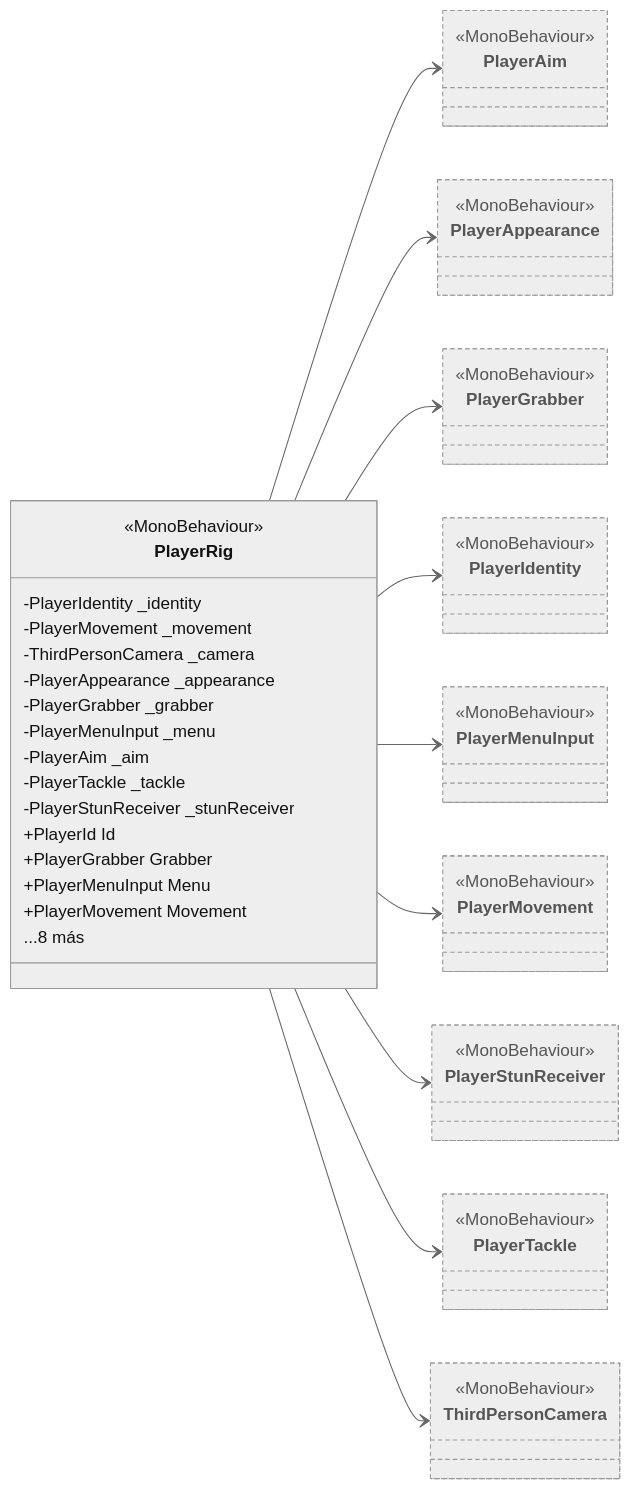
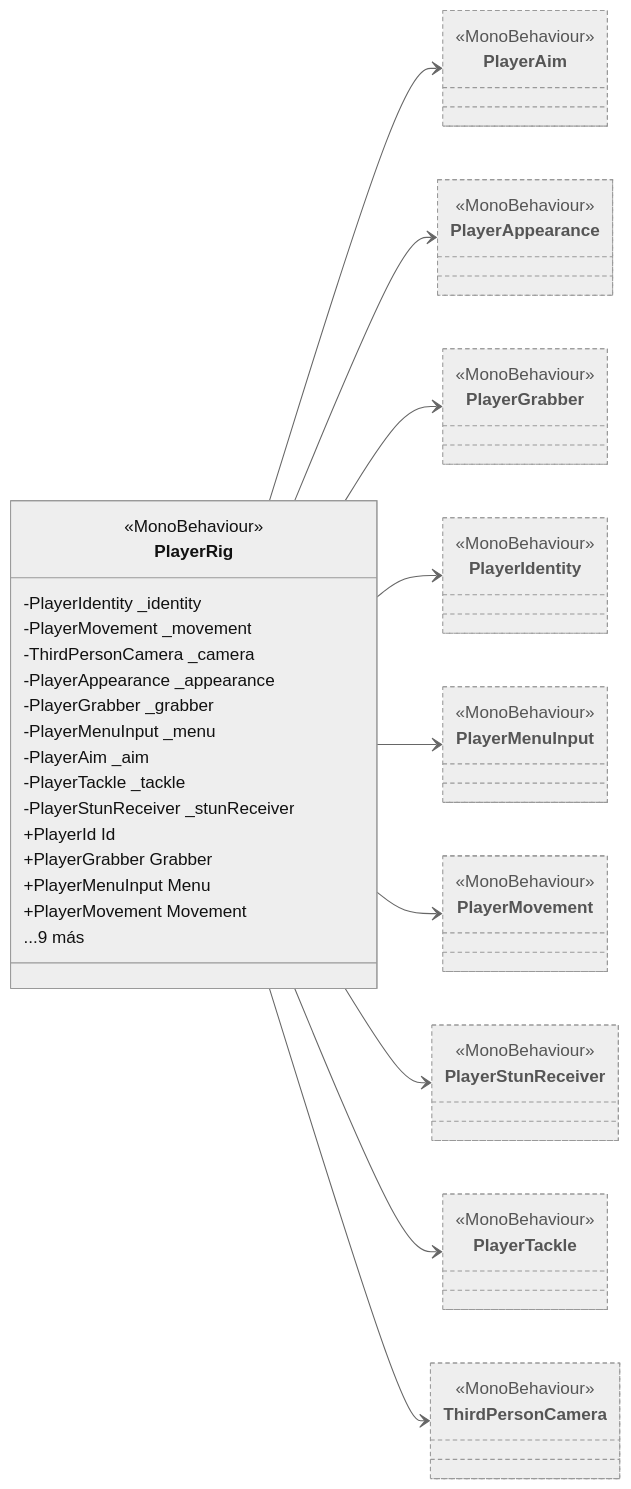
One commit to Chacashi/Alien-Farms changed the diagram in Docs/Arquitectura/Clases/Player/PlayerRig.md. Above: the diagram before and after it, drawn with Mermaid (neutral theme). The commit also changed 257 other files, not shown here.

````diff
--- a/Docs/Arquitectura/Clases/Player/PlayerRig.md
+++ b/Docs/Arquitectura/Clases/Player/PlayerRig.md
@@ -18,49 +18,49 @@
 ```mermaid
 classDiagram
   direction LR
   class PlayerRig {
     <<MonoBehaviour>>
     -PlayerIdentity _identity
     -PlayerMovement _movement
     -ThirdPersonCamera _camera
     -PlayerAppearance _appearance
     -PlayerGrabber _grabber
     -PlayerMenuInput _menu
     -PlayerAim _aim
     -PlayerTackle _tackle
     -PlayerStunReceiver _stunReceiver
     +PlayerId Id
     +PlayerGrabber Grabber
     +PlayerMenuInput Menu
     +PlayerMovement Movement
-    ...8 más
+    ...9 más
   }
   class PlayerAim:::external
   <<MonoBehaviour>> PlayerAim
   class PlayerAppearance:::external
   <<MonoBehaviour>> PlayerAppearance
   class PlayerGrabber:::external
   <<MonoBehaviour>> PlayerGrabber
   class PlayerIdentity:::external
   <<MonoBehaviour>> PlayerIdentity
   class PlayerMenuInput:::external
   <<MonoBehaviour>> PlayerMenuInput
   class PlayerMovement:::external
   <<MonoBehaviour>> PlayerMovement
   class PlayerStunReceiver:::external
   <<MonoBehaviour>> PlayerStunReceiver
   class PlayerTackle:::external
   <<MonoBehaviour>> PlayerTackle
   class ThirdPersonCamera:::external
   <<MonoBehaviour>> ThirdPersonCamera
   PlayerRig --> PlayerAim
   PlayerRig --> PlayerAppearance
   PlayerRig --> PlayerGrabber
   PlayerRig --> PlayerIdentity
   PlayerRig --> PlayerMenuInput
   PlayerRig --> PlayerMovement
   PlayerRig --> PlayerStunReceiver
   PlayerRig --> PlayerTackle
   PlayerRig --> ThirdPersonCamera
   classDef external fill:#eee,stroke:#999,stroke-dasharray: 4 3,color:#555
 ```
````
